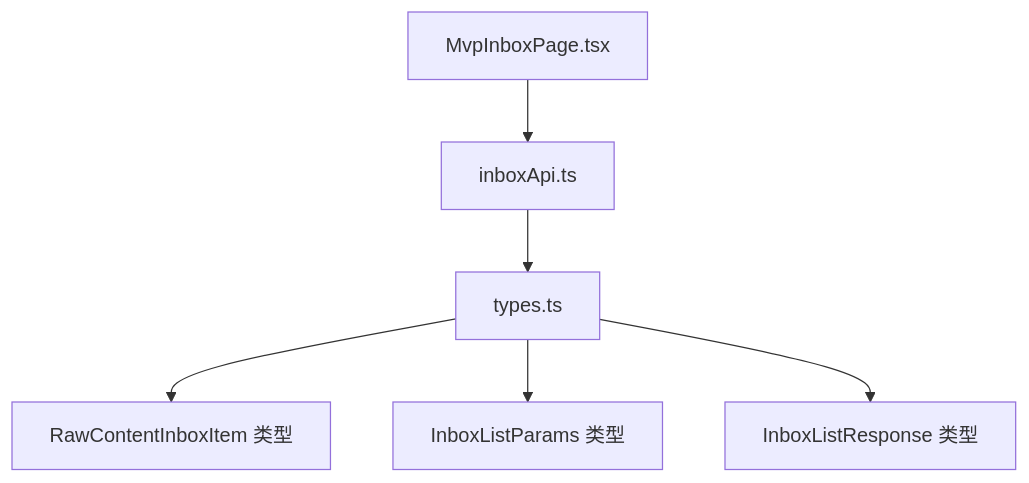
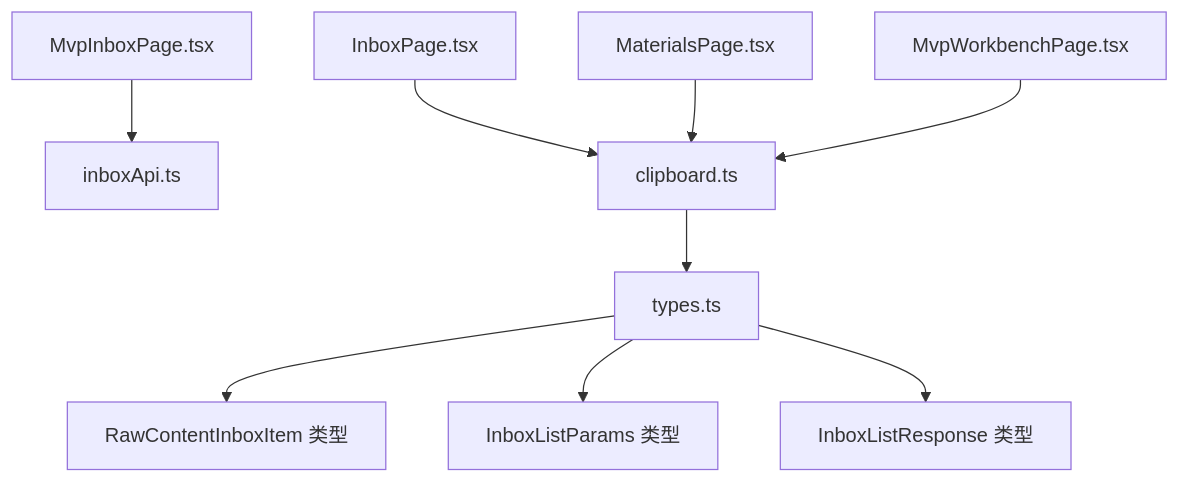
One commit to dream-ze/AI_huoke- changed the tenth of 10 diagrams in .qoder/repowiki/zh/content/前端应用架构/桌面应用架构.md. Above: the diagram before and after it, drawn with Mermaid. The commit also changed other lines of this file and 220 other files, not shown here.

````diff
--- a/.qoder/repowiki/zh/content/前端应用架构/桌面应用架构.md
+++ b/.qoder/repowiki/zh/content/前端应用架构/桌面应用架构.md
@@ -351,8 +413,11 @@
 ```mermaid
 graph TD
 MvpInboxPage["MvpInboxPage.tsx"] --> inboxApi["inboxApi.ts"]
-inboxApi --> Types["types.ts"]
+InboxPage["InboxPage.tsx"] --> clipboard["clipboard.ts"]
+MaterialsPage["MaterialsPage.tsx"] --> clipboard
+MvpWorkbenchPage["MvpWorkbenchPage.tsx"] --> clipboard
+clipboard --> Types["types.ts"]
 Types --> RawContentInboxItem["RawContentInboxItem 类型"]
 Types --> InboxListParams["InboxListParams 类型"]
 Types --> InboxListResponse["InboxListResponse 类型"]
 ```
````
